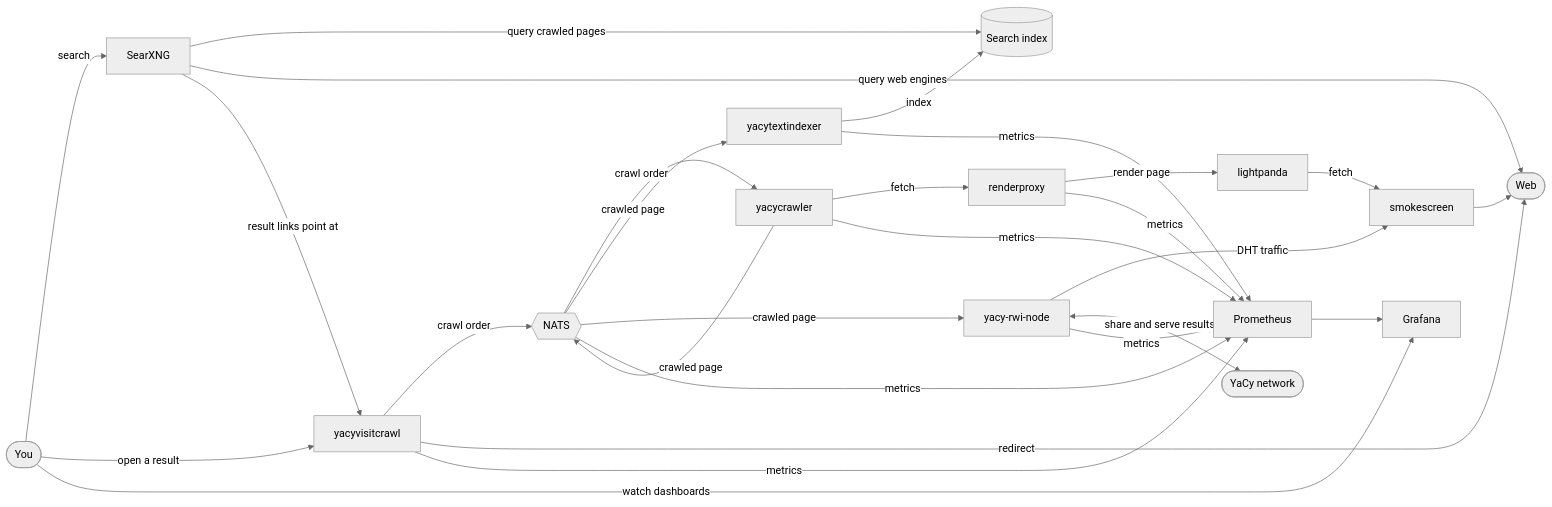
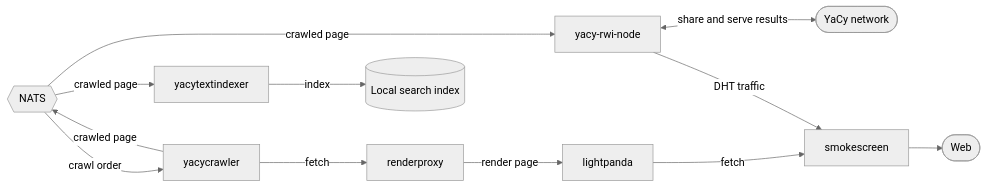
Before and after one commit to nikitakarpei/my-yacy-node: the second of 2 diagrams in examples/full-yacy-stack/README.md, drawn with Mermaid (neutral theme). The commit also changed other lines of this file, not shown here.

Commit message:
Split the full-stack diagram into reading loop and pipeline

````diff
--- a/examples/full-yacy-stack/README.md
+++ b/examples/full-yacy-stack/README.md
@@ -8,32 +36,19 @@
 ```mermaid
 flowchart LR
-    You([You])
+    nats{{NATS}}
     Web([Web])
     Net([YaCy network])
-
-    You -- search --> searxng[SearXNG]
-    searxng -- query crawled pages --> searchindex[(Search index)]
-    searxng -- query web engines --> Web
-    searxng -- result links point at --> yacyvisitcrawl[yacyvisitcrawl]
-
-    You -- open a result --> yacyvisitcrawl
-    yacyvisitcrawl -- crawl order --> nats{{NATS}}
-    yacyvisitcrawl -- redirect --> Web
 
     nats -- crawl order --> yacycrawler[yacycrawler]
     yacycrawler -- fetch --> renderproxy[renderproxy]
     renderproxy -- render page --> lightpanda[lightpanda]
     lightpanda -- fetch --> smokescreen[smokescreen] --> Web
     yacycrawler -- crawled page --> nats
 
     nats -- crawled page --> yacytextindexer[yacytextindexer]
-    yacytextindexer -- index --> searchindex
+    yacytextindexer -- index --> searchindex[(Local search index)]
 
     nats -- crawled page --> node[yacy-rwi-node]
     node -- DHT traffic --> smokescreen
     node <-- share and serve results --> Net
-
-    node & yacycrawler & yacyvisitcrawl & yacytextindexer & renderproxy & nats -- metrics --> prometheus[Prometheus]
-    prometheus --> grafana[Grafana]
-    You -- watch dashboards --> grafana
 ```
````
